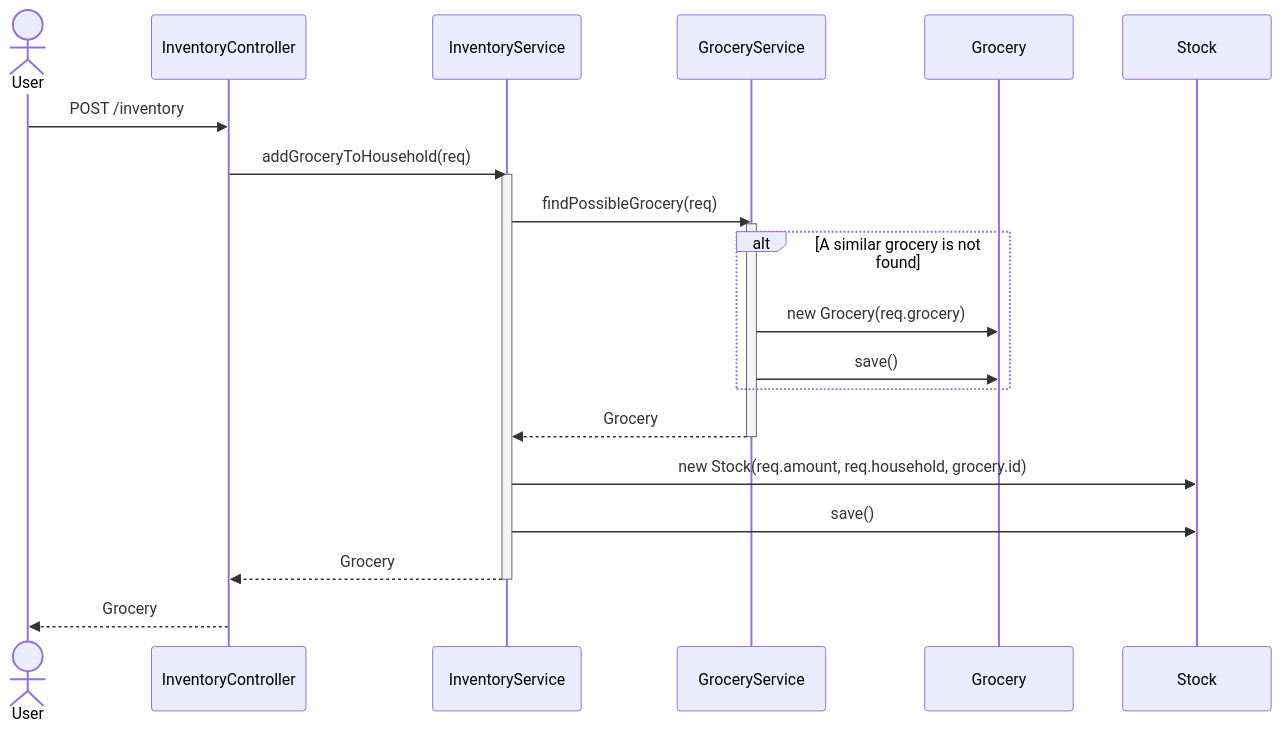
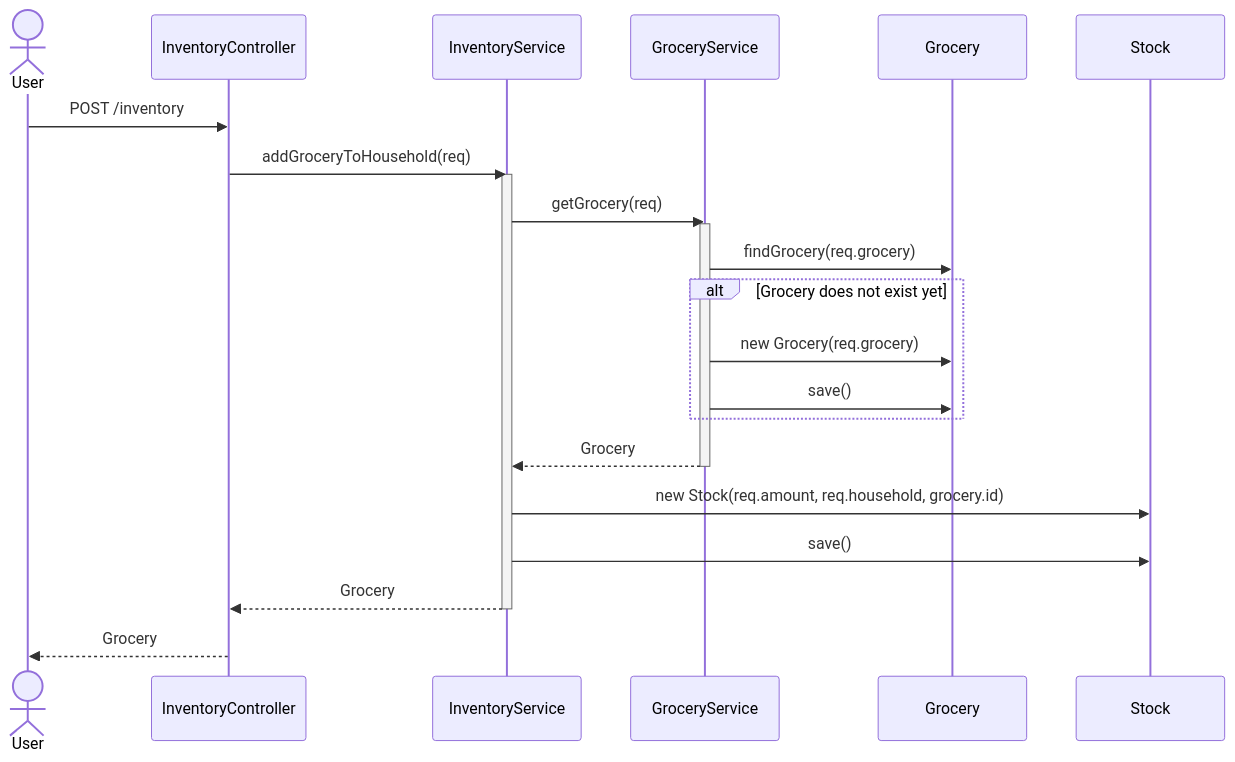
The fourth of 6 diagrams in docs/user-journeys.md (danielplan/wastend), drawn with Mermaid before and after one commit. The commit also changed 2 other files, not shown here.

Commit message:
basic architecture plan

````diff
--- a/docs/user-journeys.md
+++ b/docs/user-journeys.md
@@ -70,20 +70,21 @@
 ```mermaid
 sequenceDiagram
     actor User
     User ->> InventoryController: POST /inventory
     InventoryController ->> InventoryService: addGroceryToHousehold(req)
     activate InventoryService
-    InventoryService ->> GroceryService: findPossibleGrocery(req)
+    InventoryService ->> GroceryService: getGrocery(req)
     activate GroceryService
-    alt A similar grocery is not found
+    GroceryService ->> Grocery: findGrocery(req.grocery)
+    alt Grocery does not exist yet
         GroceryService ->> Grocery: new Grocery(req.grocery)
         GroceryService ->> Grocery: save()
     end
     GroceryService -->> InventoryService: Grocery
     deactivate GroceryService
     InventoryService ->> Stock: new Stock(req.amount, req.household, grocery.id)
     InventoryService ->> Stock: save()
     InventoryService -->> InventoryController: Grocery
     deactivate InventoryService
     InventoryController -->> User: Grocery
 ```
````
